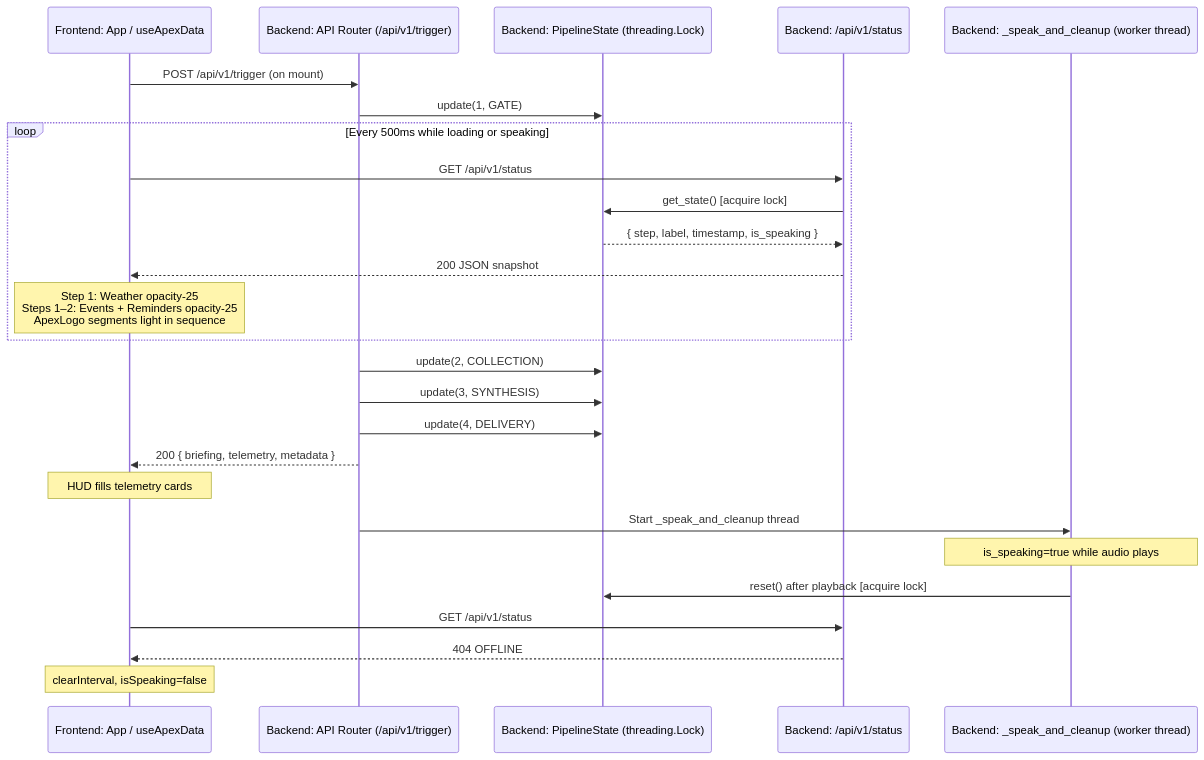
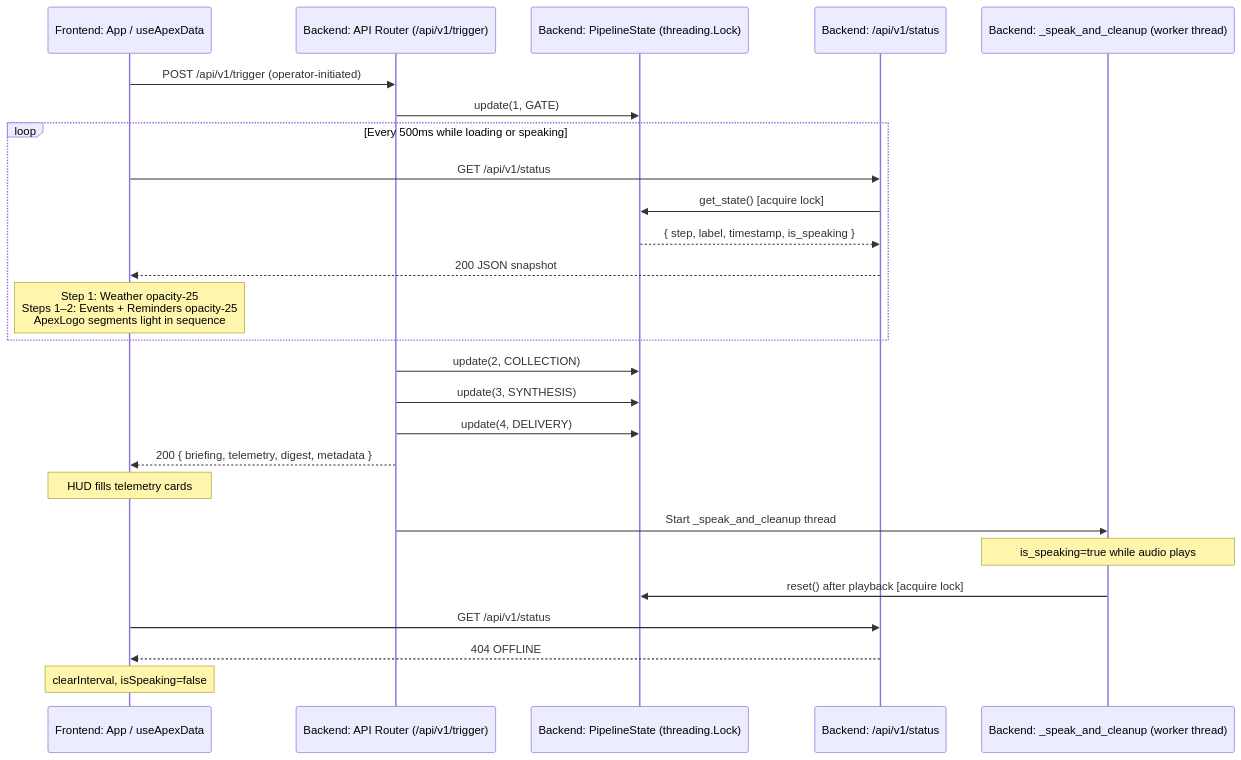
Before and after one commit to edumarcano/APEX: the diagram in docs/architecture.md, drawn with Mermaid. The commit also changed other lines of this file and 4 other files, not shown here.

````diff
--- a/docs/architecture.md
+++ b/docs/architecture.md
@@ -26,33 +26,33 @@
 ```mermaid
 sequenceDiagram
     participant App as Frontend: App / useApexData
     participant Trigger as Backend: API Router (/api/v1/trigger)
     participant Store as Backend: PipelineState (threading.Lock)
     participant Status as Backend: /api/v1/status
     participant Speaker as Backend: _speak_and_cleanup (worker thread)
 
-    App->>Trigger: POST /api/v1/trigger (on mount)
+    App->>Trigger: POST /api/v1/trigger (operator-initiated)
     Trigger->>Store: update(1, GATE)
 
     loop Every 500ms while loading or speaking
         App->>Status: GET /api/v1/status
         Status->>Store: get_state() [acquire lock]
         Store-->>Status: { step, label, timestamp, is_speaking }
         Status-->>App: 200 JSON snapshot
         Note over App: Step 1: Weather opacity-25<br/>Steps 1–2: Events + Reminders opacity-25<br/>ApexLogo segments light in sequence
     end
 
     Trigger->>Store: update(2, COLLECTION)
     Trigger->>Store: update(3, SYNTHESIS)
     Trigger->>Store: update(4, DELIVERY)
-    Trigger-->>App: 200 { briefing, telemetry, metadata }
+    Trigger-->>App: 200 { briefing, telemetry, digest, metadata }
     Note over App: HUD fills telemetry cards
 
     Trigger->>Speaker: Start _speak_and_cleanup thread
     Note over Speaker: is_speaking=true while audio plays
     Speaker->>Store: reset() after playback [acquire lock]
 
     App->>Status: GET /api/v1/status
     Status-->>App: 404 OFFLINE
     Note over App: clearInterval, isSpeaking=false
 ```
````
